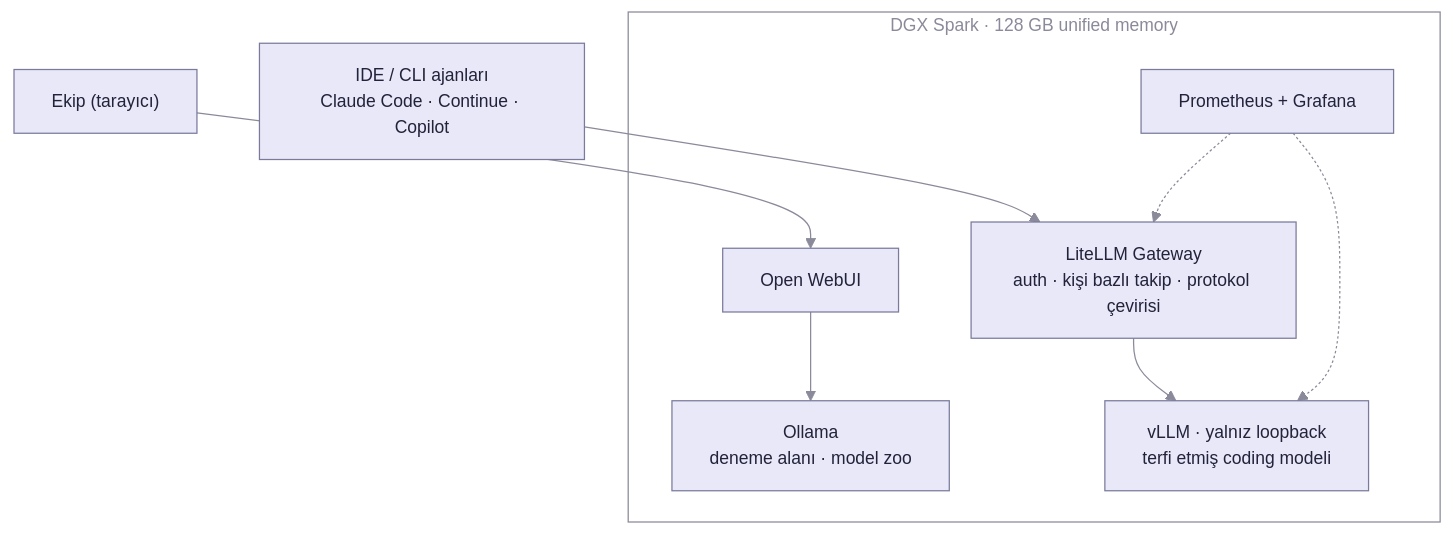
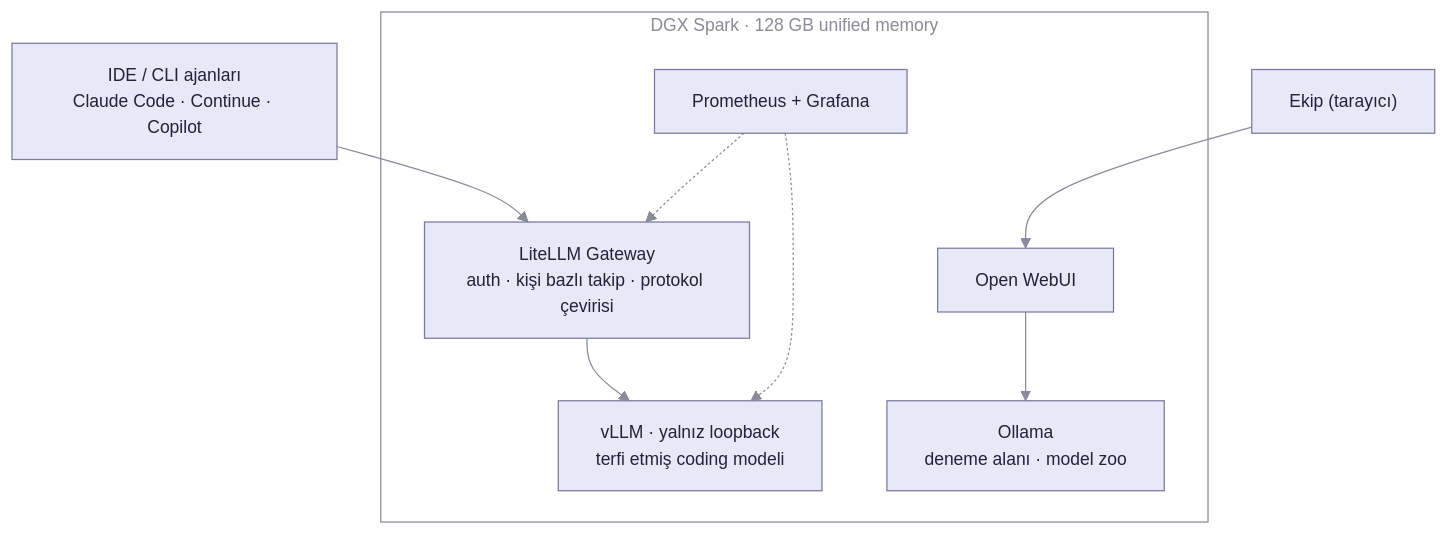
Before and after one commit to volkanncicek/volkancicek.com: the diagram in content/posts/dgx-spark-ekip-icin-inference-merkezi.md, drawn with Mermaid. The commit also changed other lines of this file, not shown here.

First line of the commit message:
fix(content): mermaid diyagramında Ekip→Open WebUI okunun IDE kutusunun arkasından geçmesini düzelt

````diff
--- a/content/posts/dgx-spark-ekip-icin-inference-merkezi.md
+++ b/content/posts/dgx-spark-ekip-icin-inference-merkezi.md
@@ -67,12 +67,12 @@
 ```mermaid
 %%{init: {"theme": "base", "themeVariables": {"primaryColor": "#e8e8f8", "primaryTextColor": "#22223a", "primaryBorderColor": "#7a7a9d", "lineColor": "#8a8a9a", "textColor": "#8a8a9a", "titleColor": "#8a8a9a", "clusterBkg": "transparent", "clusterBorder": "#8a8a9a", "fontSize": "14px"}}}%%
 flowchart TB
+    IDE["IDE / CLI ajanları<br/>Claude Code · Continue · Copilot"] --> GW
     U["Ekip (tarayıcı)"] --> OW
-    IDE["IDE / CLI ajanları<br/>Claude Code · Continue · Copilot"] --> GW
     subgraph spark["DGX Spark · 128 GB unified memory"]
+        GW["LiteLLM Gateway<br/>auth · kişi bazlı takip · protokol çevirisi"] --> VL["vLLM · yalnız loopback<br/>terfi etmiş coding modeli"]
         OW["Open WebUI"] --> OL["Ollama<br/>deneme alanı · model zoo"]
-        GW["LiteLLM Gateway<br/>auth · kişi bazlı takip · protokol çevirisi"] --> VL["vLLM · yalnız loopback<br/>terfi etmiş coding modeli"]
         PR["Prometheus + Grafana"] -.-> GW
         PR -.-> VL
     end
 ```
````
